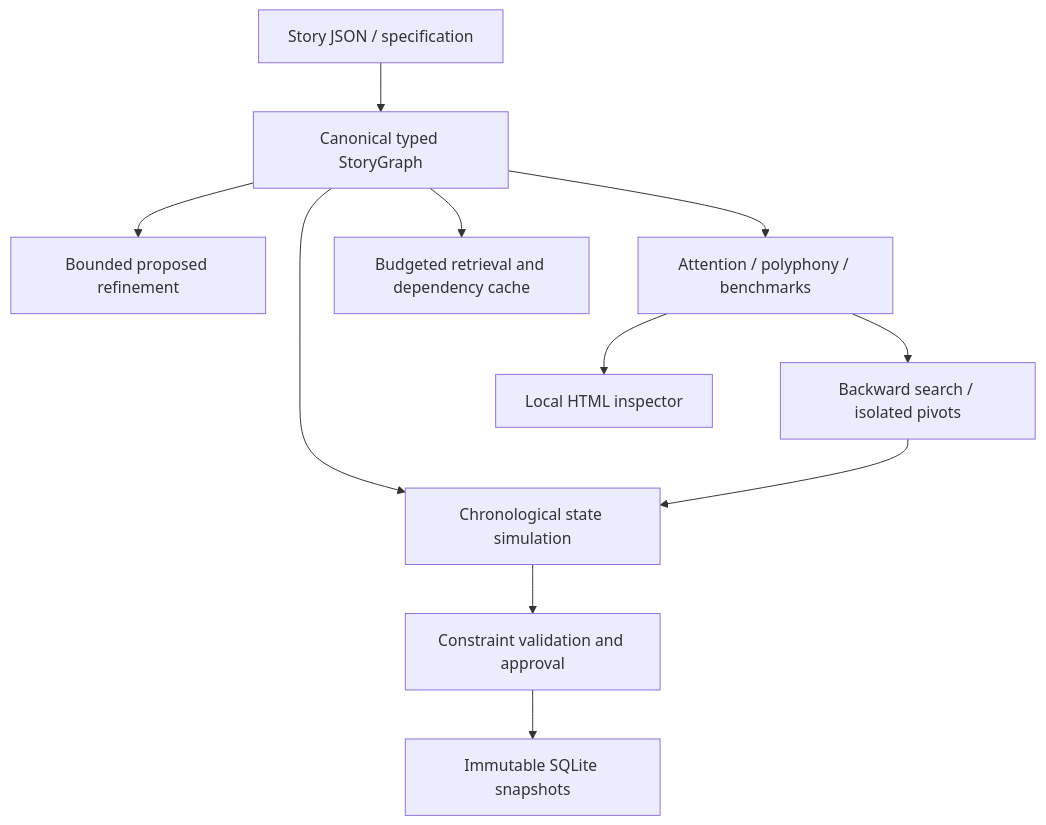
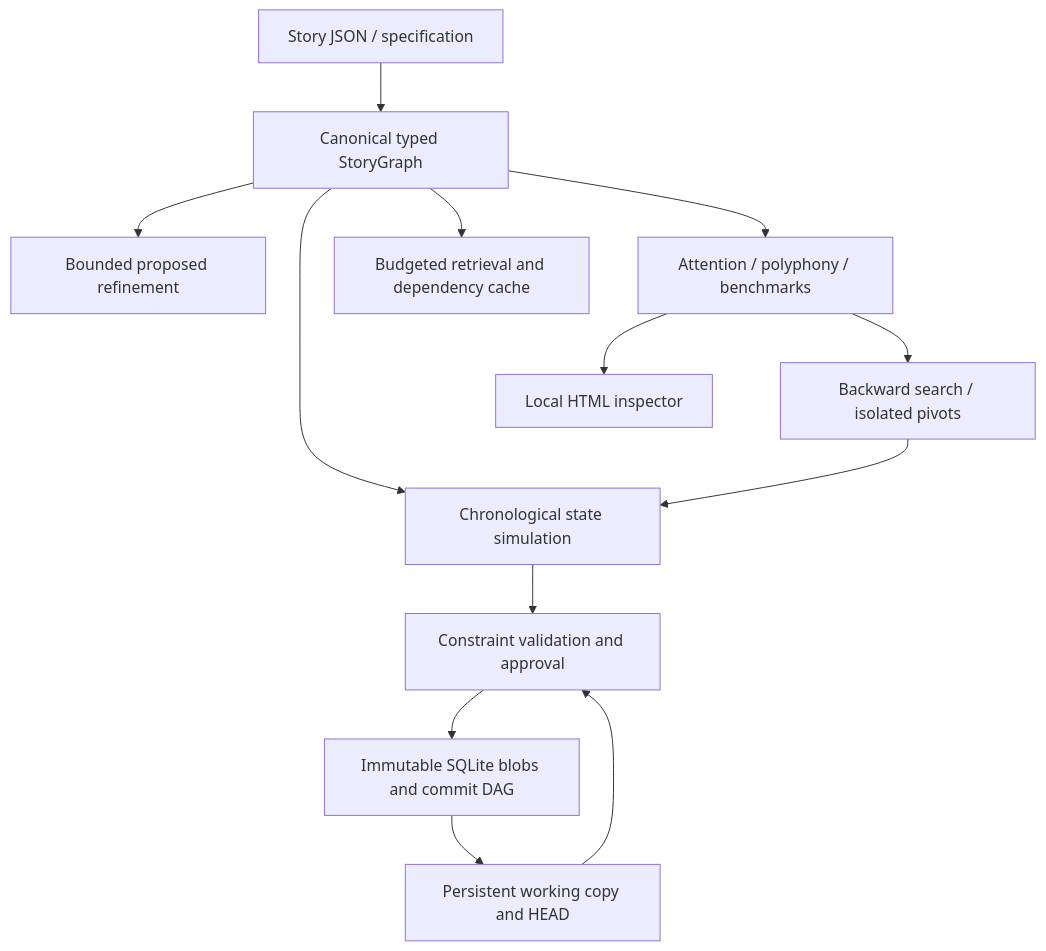
One commit to SakuraEntropia/NARRATIVE changed the diagram in docs/ARCHITECTURE.md. Above: the diagram before and after it, drawn with Mermaid. The commit also changed other lines of this file and 24 other files, not shown here.

````diff
--- a/docs/ARCHITECTURE.md
+++ b/docs/ARCHITECTURE.md
@@ -3,13 +3,15 @@
 ```mermaid
 flowchart TD
  JSON[Story JSON / specification] --> G[Canonical typed StoryGraph]
  G --> S[Chronological state simulation]
  G --> R[Bounded proposed refinement]
  G --> A[Attention / polyphony / benchmarks]
  A --> P[Backward search / isolated pivots]
  P --> S
  S --> V[Constraint validation and approval]
- V --> DB[Immutable SQLite snapshots]
+ V --> DB[Immutable SQLite blobs and commit DAG]
+ DB --> W[Persistent working copy and HEAD]
+ W --> V
  G --> M[Budgeted retrieval and dependency cache]
  A --> HTML[Local HTML inspector]
 ```
````
